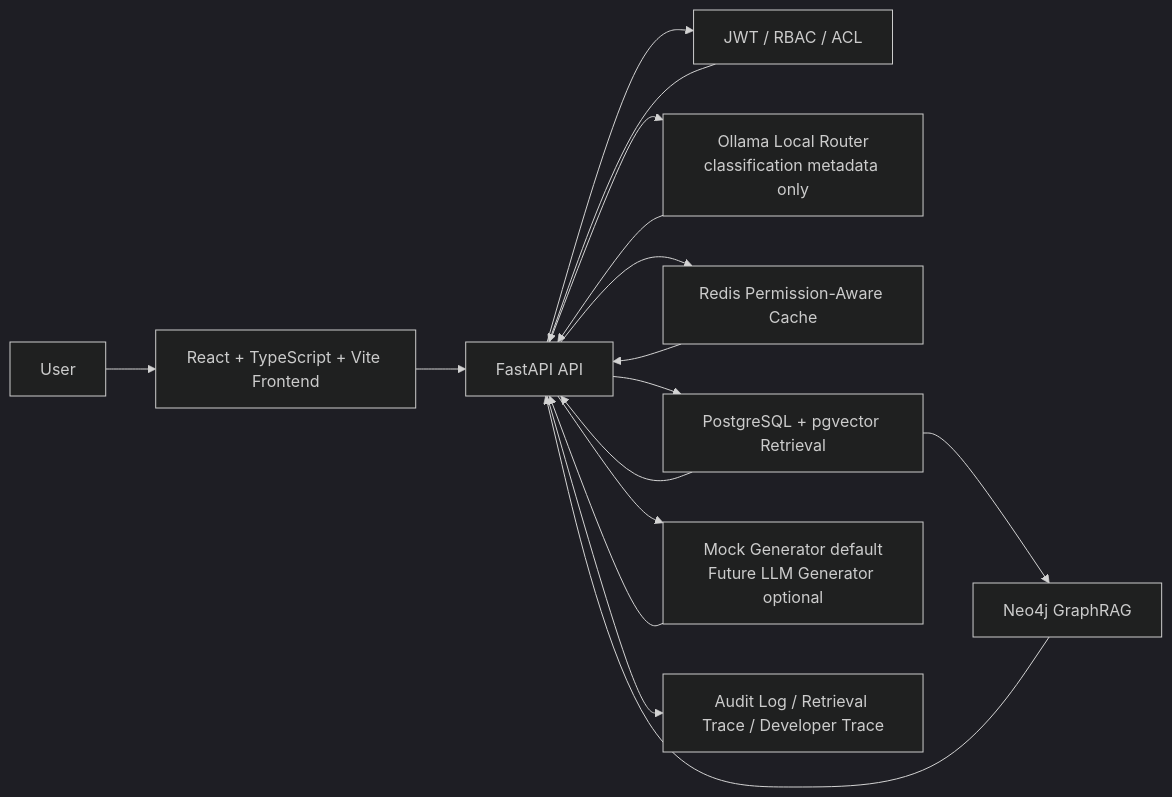
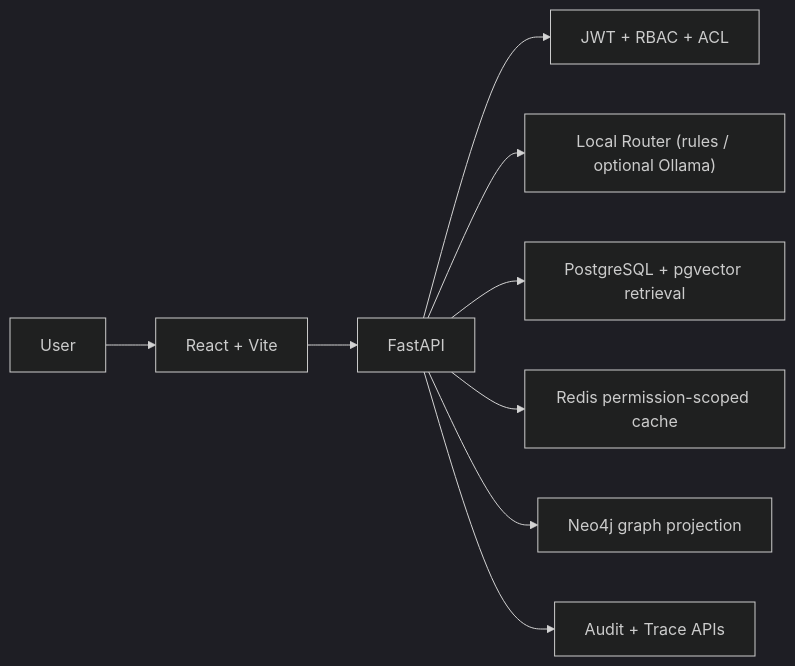
One commit to jimzhou03/permission-aware-enterprise-graphrag changed the diagram in README.md. Above: the diagram before and after it, drawn with Mermaid (dark theme). The commit also changed other lines of this file and 8 other files, not shown here.

````diff
--- a/README.md
+++ b/README.md
@@ -41,22 +30,11 @@
 ```mermaid
 flowchart LR
-    U[User] --> FE[React + TypeScript + Vite Frontend]
-    FE --> API[FastAPI API]
-
-    API --> AUTH[JWT / RBAC / ACL]
-    API --> ROUTER[Ollama Local Router\nclassification metadata only]
-    API --> CACHE[Redis Permission-Aware Cache]
-    API --> RETRIEVAL[PostgreSQL + pgvector Retrieval]
-    RETRIEVAL --> GRAPH[Neo4j GraphRAG]
-
-    API --> GEN[Mock Generator default\nFuture LLM Generator optional]
-
-    API --> TRACE[Audit Log / Retrieval Trace / Developer Trace]
-
-    AUTH --> API
-    ROUTER --> API
-    CACHE --> API
-    RETRIEVAL --> API
-    GRAPH --> API
-    GEN --> API
+    U["User"] --> FE["React + Vite"]
+    FE --> API["FastAPI"]
+    API --> AUTH["JWT + RBAC + ACL"]
+    API --> ROUTER["Local Router (rules / optional Ollama)"]
+    API --> RETR["PostgreSQL + pgvector retrieval"]
+    API --> CACHE["Redis permission-scoped cache"]
+    API --> GRAPH["Neo4j graph projection"]
+    API --> TRACE["Audit + Trace APIs"]
 ```
````
